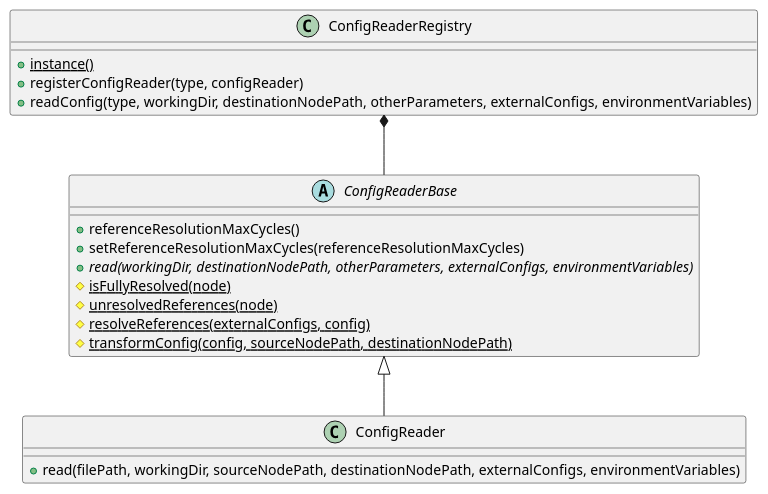
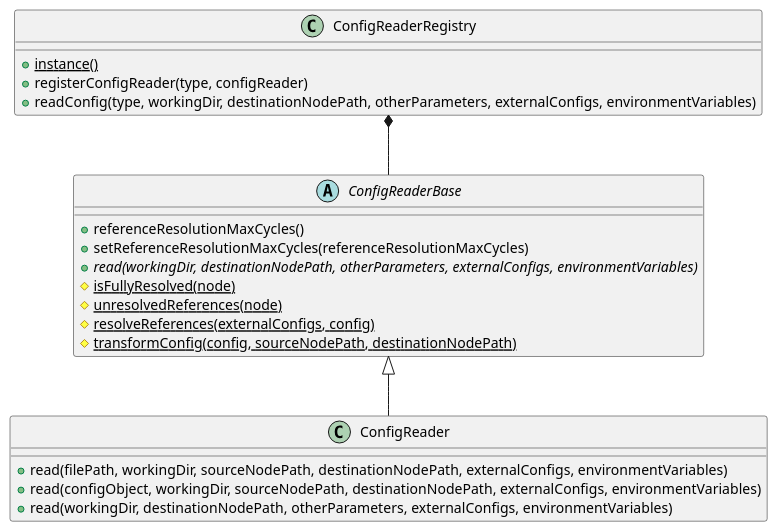
The sixth of 7 diagrams in docs/Diagrams/ClassDiagrams.plantuml (djurodrljaca/CppConfigFramework), drawn with PlantUML before and after one commit. The commit also changed 3 other files, not shown here.

```diff
--- a/docs/Diagrams/ClassDiagrams.plantuml
+++ b/docs/Diagrams/ClassDiagrams.plantuml
@@ -88,24 +88,26 @@
 @startuml ConfigReader
 ConfigReaderBase <|-- ConfigReader
 ConfigReaderRegistry *-- ConfigReaderBase
 
 abstract class ConfigReaderBase {
     +referenceResolutionMaxCycles()
     +setReferenceResolutionMaxCycles(referenceResolutionMaxCycles)
     {abstract} +read(workingDir, destinationNodePath, otherParameters, externalConfigs, environmentVariables)
     {static} #isFullyResolved(node)
     {static} #unresolvedReferences(node)
     {static} #resolveReferences(externalConfigs, config)
     {static} #transformConfig(config, sourceNodePath, destinationNodePath)
 }
 
 class ConfigReader {
     +read(filePath, workingDir, sourceNodePath, destinationNodePath, externalConfigs, environmentVariables)
+    +read(configObject, workingDir, sourceNodePath, destinationNodePath, externalConfigs, environmentVariables)
+    +read(workingDir, destinationNodePath, otherParameters, externalConfigs, environmentVariables)
 }
 
 class ConfigReaderRegistry {
     {static} +instance()
     +registerConfigReader(type, configReader)
     +readConfig(type, workingDir, destinationNodePath, otherParameters, externalConfigs, environmentVariables)
 }
 @enduml
```
